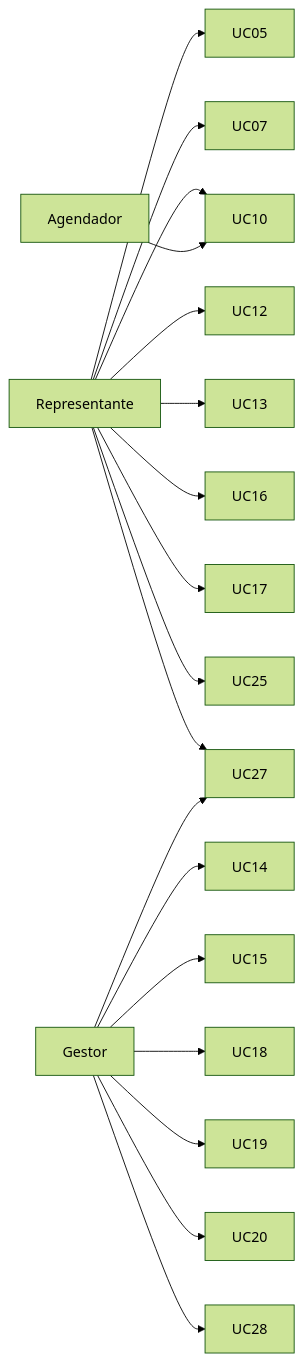
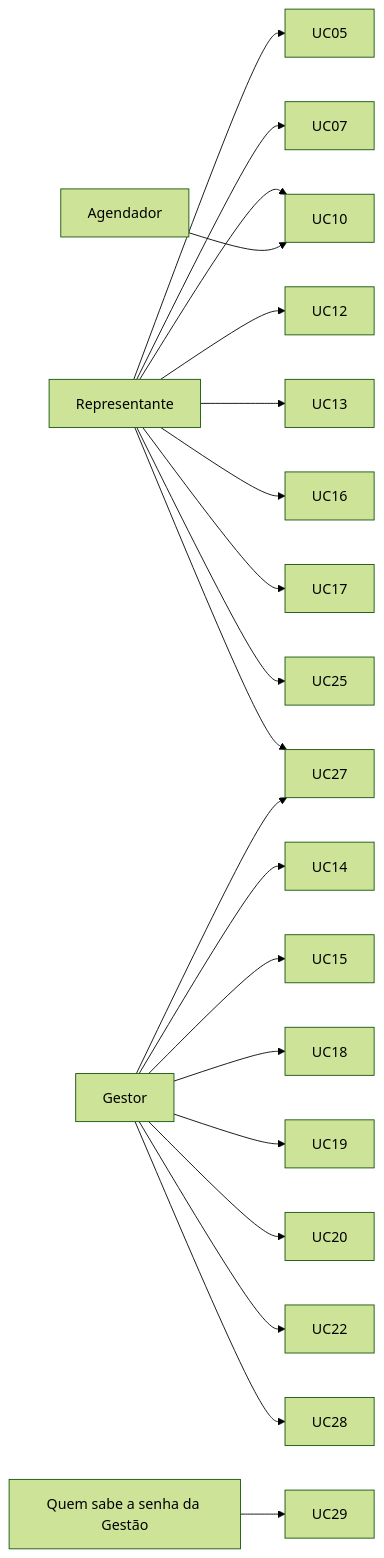
One commit to dudapetzinger/CHOKOCRM changed the diagram in docs/casos-de-uso.md. Above: the diagram before and after it, drawn with Mermaid (forest theme). The commit also changed other lines of this file and 8 other files, not shown here.

````diff
--- a/docs/casos-de-uso.md
+++ b/docs/casos-de-uso.md
@@ -27,6 +27,7 @@
 ```mermaid
 graph LR
   R[Representante] --> UC05 & UC07 & UC10 & UC12 & UC13 & UC16 & UC17 & UC25 & UC27
-  G[Gestor] --> UC14 & UC15 & UC18 & UC19 & UC20 & UC27 & UC28
+  G[Gestor] --> UC14 & UC15 & UC18 & UC19 & UC20 & UC22 & UC27 & UC28
+  Q[Quem sabe a senha da Gestão] --> UC29
   S[Agendador] --> UC10
 ```
````
